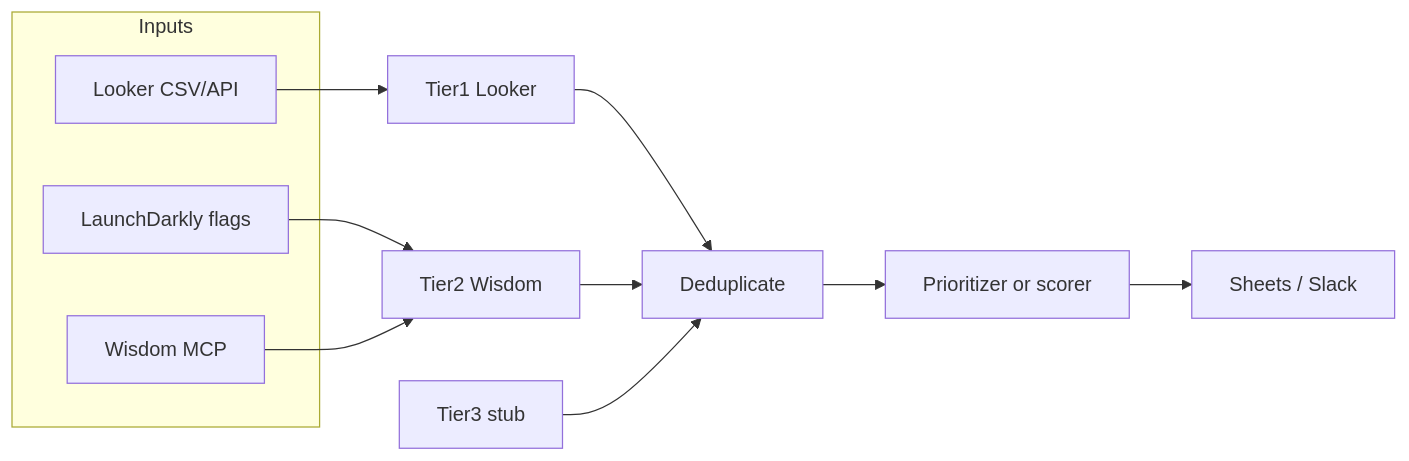
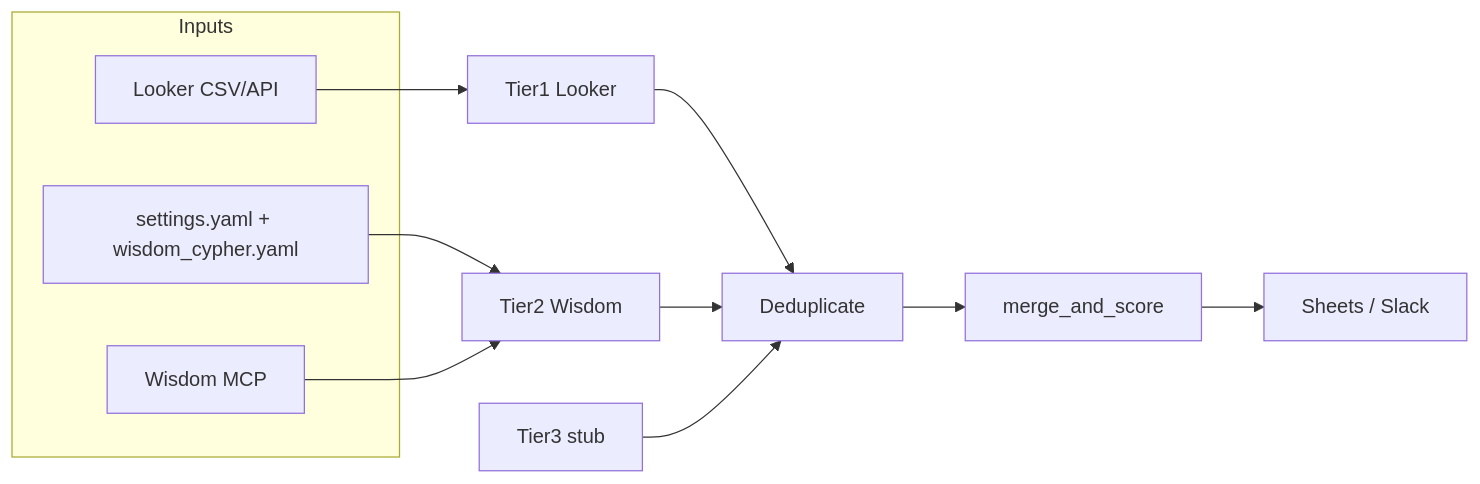
The diagram in README.md (s-shindeldecker/figment-agent), drawn with Mermaid before and after one commit. The commit also changed other lines of this file and 34 other files, not shown here.

First line of the commit message:
Wide E100 pipeline: extras, merge, manifest, Sheets, Wisdom Cypher

````diff
--- a/README.md
+++ b/README.md
@@ -62,21 +58,21 @@
 ```mermaid
 flowchart LR
   subgraph inputs [Inputs]
     L[Looker CSV/API]
     W[Wisdom MCP]
-    LD[LaunchDarkly flags]
+    C[settings.yaml + wisdom_cypher.yaml]
   end
   T1[Tier1 Looker]
   T2[Tier2 Wisdom]
   T3[Tier3 stub]
   D[Deduplicate]
-  P[Prioritizer or scorer]
+  S[merge_and_score]
   O[Sheets / Slack]
   L --> T1
-  LD --> T2
+  C --> T2
   W --> T2
   T1 --> D
   T2 --> D
   T3 --> D
-  D --> P --> O
+  D --> S --> O
 ```
````
